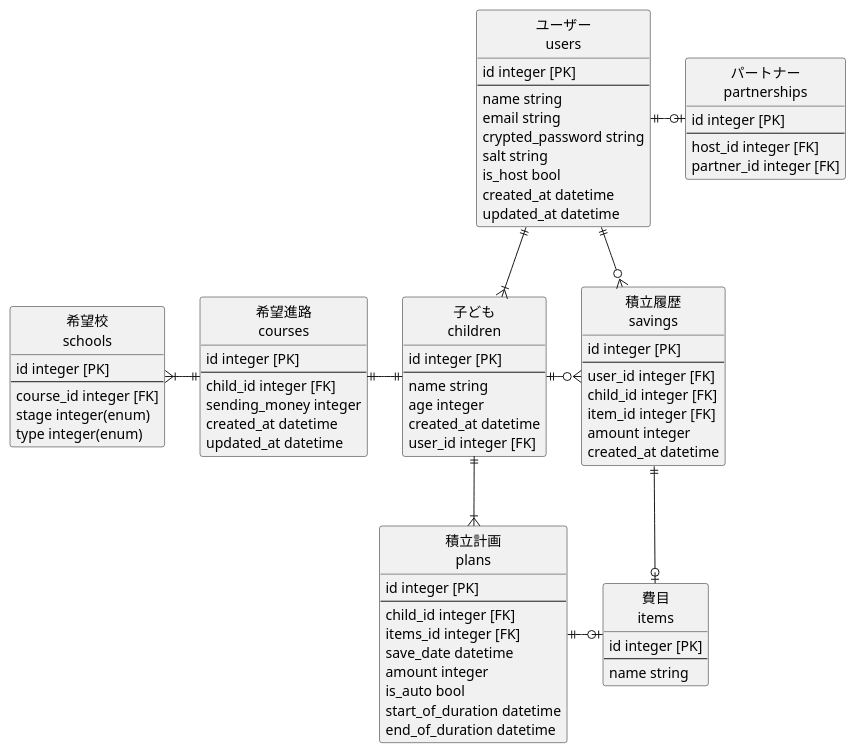
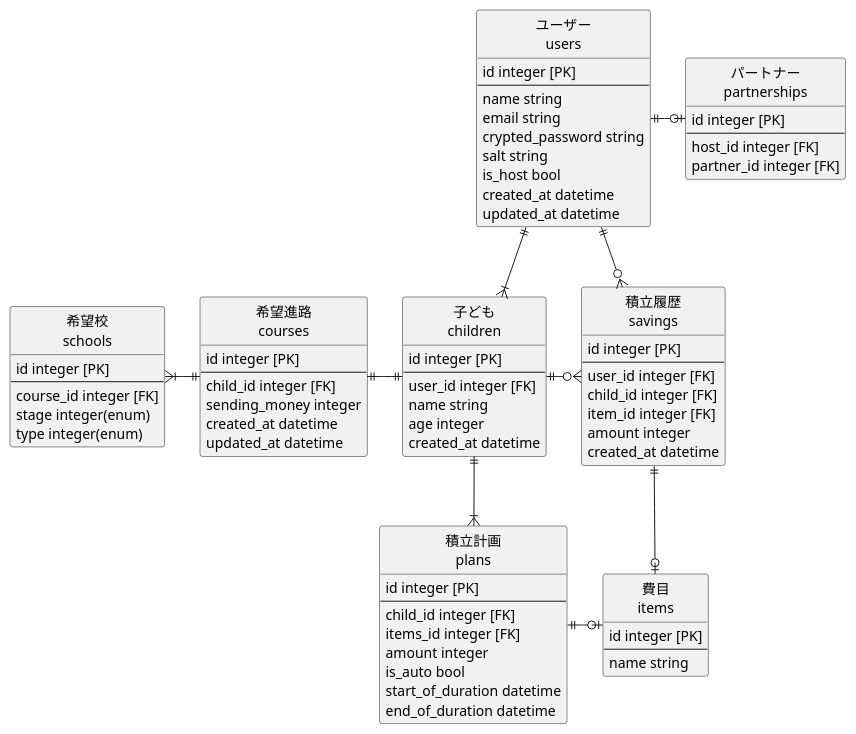
One commit to tomomih217/kokeibo changed the diagram in er_diagram.pu. Above: the diagram before and after it, drawn with PlantUML.

Commit message:
Improve: ER図にて外部キーを上位に記載するよう変更しました。

```diff
--- a/er_diagram.pu
+++ b/er_diagram.pu
@@ -1,96 +1,95 @@
 @startuml kokebo
 hide circle
 hide empty members
 
 'ユーザー情報
 entity "ユーザー\nusers" as users {
   id integer [PK]
   --
   name string
   email string
   crypted_password string
   salt string
   is_host bool
   created_at datetime
   updated_at datetime
 }
 
 '会員(host:users)とパートナー(partner:users)の中間テーブル
 entity "パートナー\npartnerships" as partnerships {
   id integer [PK]
   --
   host_id integer [FK]
   partner_id integer [FK]
 }
 
 '子どもの情報
 entity "子ども\nchildren" as children {
   id integer [PK]
   --
+  user_id integer [FK]
   name string
   age integer
   created_at datetime
-  user_id integer [FK]
 }
 
 '教育費シュミレーション時に入力する基本情報を保存するテーブル
 entity "希望進路\ncourses" as courses {
   id integer [PK]
   --
   child_id integer [FK]
   sending_money integer
   created_at datetime
   updated_at datetime
 }
 
 '教育費シュミレーション時に入力する学校の情報を保存するテーブル
 entity "希望校\nschools" as schools {
   id integer [PK]
   --
   course_id integer [FK]
   stage integer(enum)
   type integer(enum)
 }
 
 '実際に積立したお金を保存するテーブル
 entity "積立履歴\nsavings" as savings{
   id integer [PK]
   --
   user_id integer [FK]
   child_id integer [FK]
   item_id integer [FK]
   amount integer
   created_at datetime
 }
 
 '費目の種類を保存するテーブル
 entity "費目\nitems" as items {
   id integer [PK]
   --
   name string
 }
 
 '積立計画を保存するテーブル
 entity "積立計画\nplans" as plans {
   id integer [PK]
   --
   child_id integer [FK]
   items_id integer [FK]
-  save_date datetime
   amount integer
   is_auto bool
   start_of_duration datetime
   end_of_duration datetime
 }
 
 users ||-r-o| partnerships
 users ||--|{ children
 users ||-r-o{ savings
 children ||-l-|| courses
 children ||-r-o{ savings
 children ||--|{ plans
 courses ||-l-|{ schools
 savings ||-r-o| items
 plans ||-r-o| items
 
 @enduml
```
